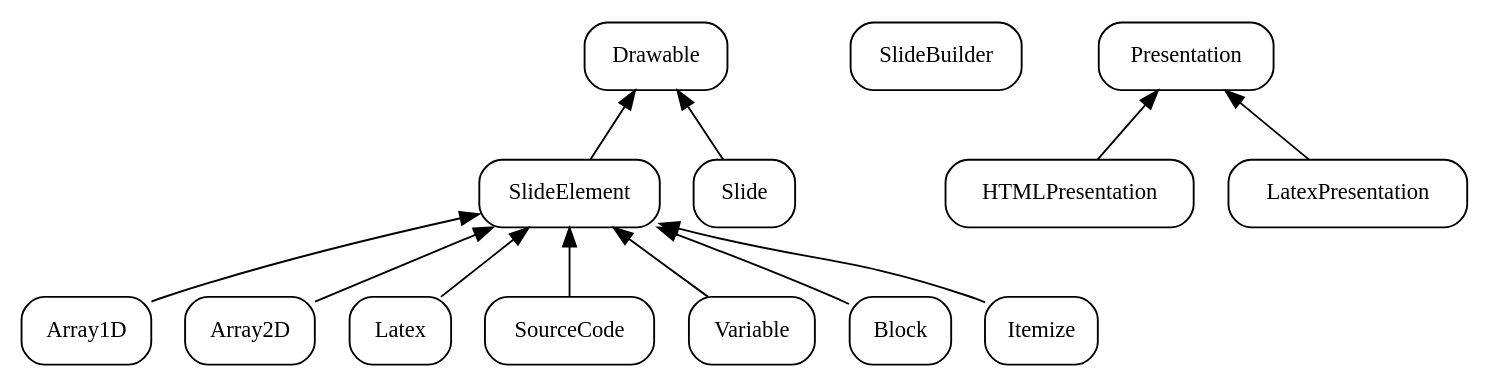
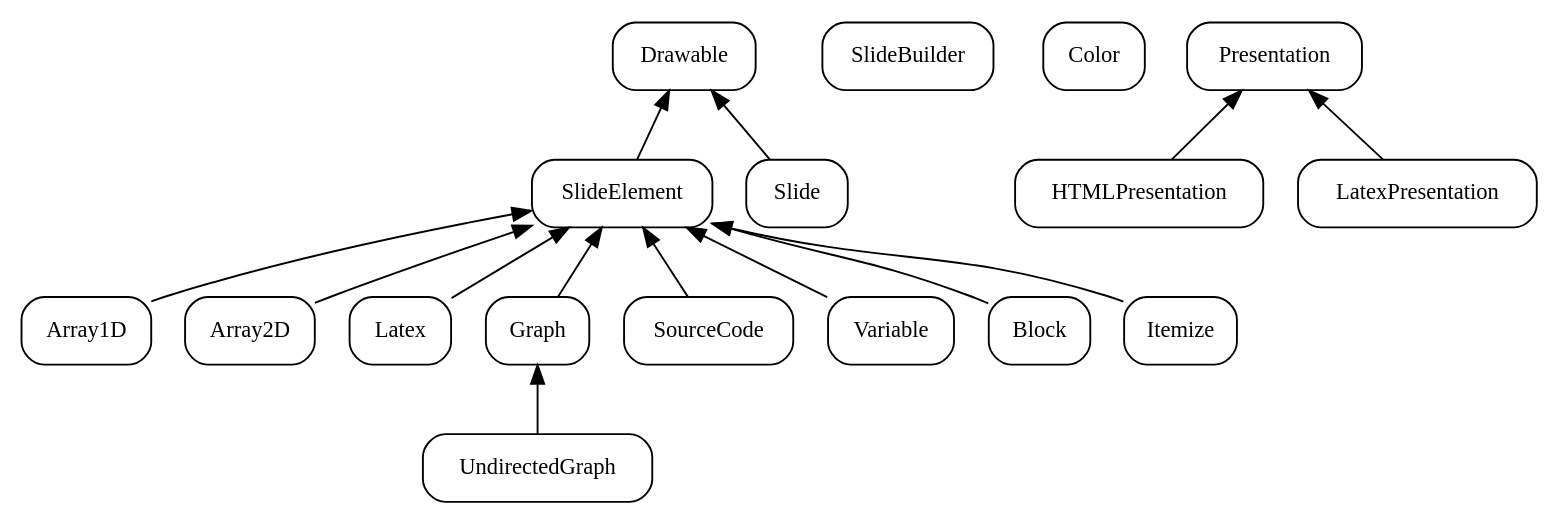
The diagram in hierarchy.dot (varqox/VisuAlgo), drawn with Graphviz before and after one commit. The commit also changed 1 other file, not shown here.

Commit message:
Updated hierarchy graph.

```diff
--- a/hierarchy.dot
+++ b/hierarchy.dot
@@ -1,14 +1,20 @@
 digraph {
 	// overlap = false
 	node [style="rounded", shape=record, fontsize=12]
 	edge [dir=back]
 
 	Drawable -> SlideElement, Slide
-	SlideElement -> Array1D, Array2D, Latex
+	SlideElement -> Array1D, Array2D, Latex, Graph_
 	SlideElement -> SourceCode, Variable
 	SlideElement -> Block, Itemize
 
 	SlideBuilder
 
+	Color
+
+	Graph_ -> UndirectedGraph
+
 	Presentation -> HTMLPresentation, LatexPresentation
+
+	Graph_ [label="Graph"]
 }
```
